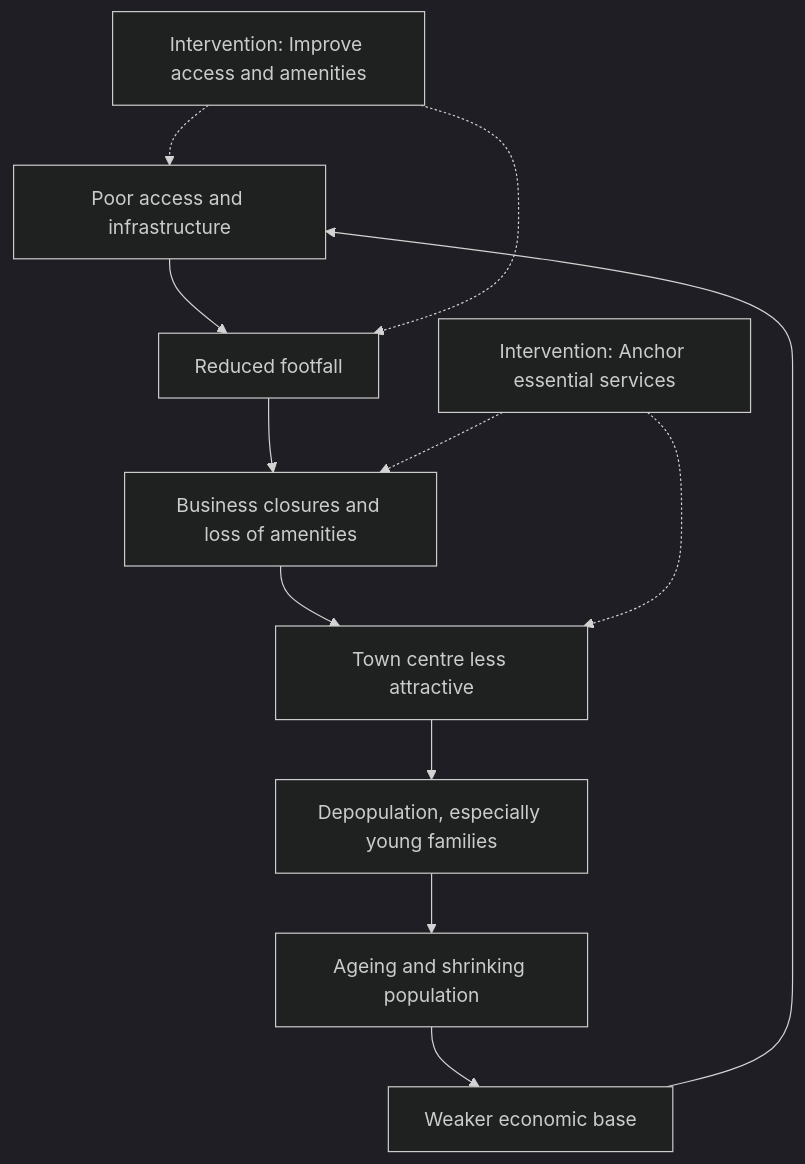
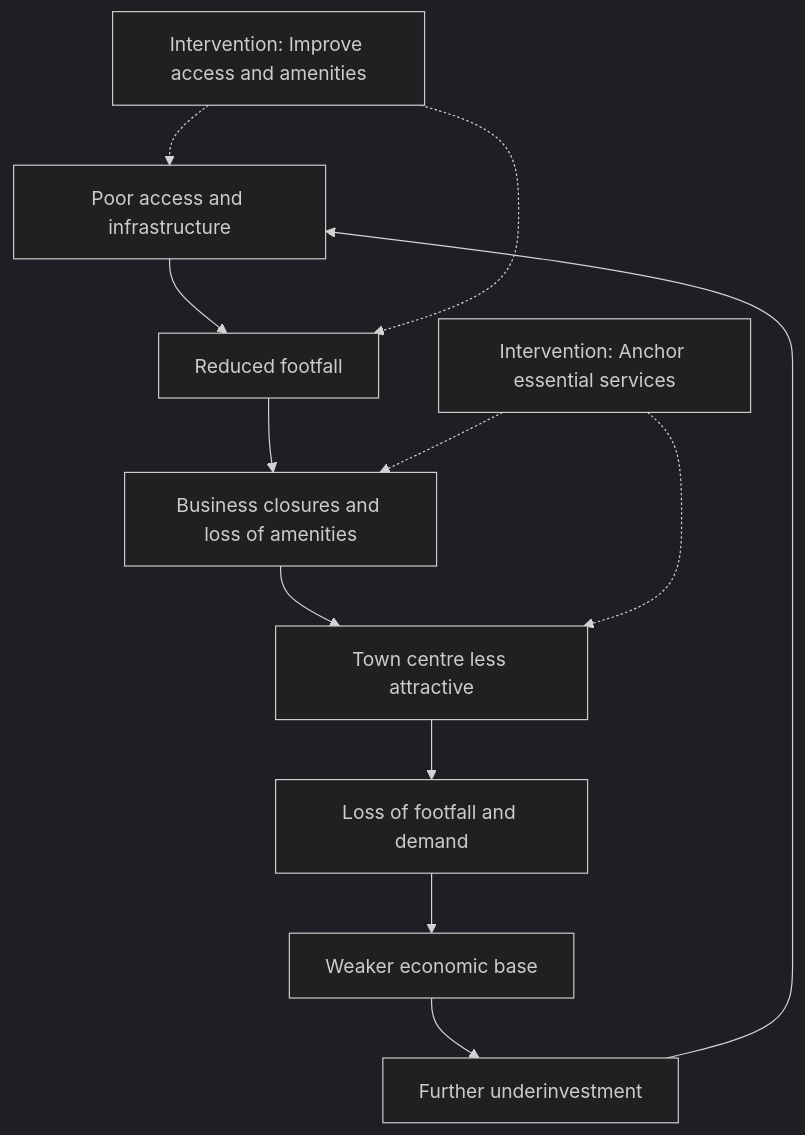
The diagram in _includes/theory-of-change.qmd (JonMinton/ayr-town-centre-vitality), drawn with Mermaid (dark theme) before and after one commit. The commit also changed other lines of this file and 14 other files, not shown here.

````diff
--- a/_includes/theory-of-change.qmd
+++ b/_includes/theory-of-change.qmd
@@ -8,15 +8,15 @@
 ```{mermaid}
 graph TD
     A[Poor access and infrastructure] --> B[Reduced footfall]
     B --> C[Business closures and loss of amenities]
     C --> D[Town centre less attractive]
-    D --> E[Depopulation, especially young families]
-    E --> F[Ageing and shrinking population]
-    F --> G[Weaker economic base]
+    D --> E[Loss of footfall and demand]
+    E --> F[Weaker economic base]
+    F --> G[Further underinvestment]
     G --> A
 
     H[Intervention: Improve access and amenities] -.-> A
     H -.-> B
     I[Intervention: Anchor essential services] -.-> C
     I -.-> D
 ```
````
